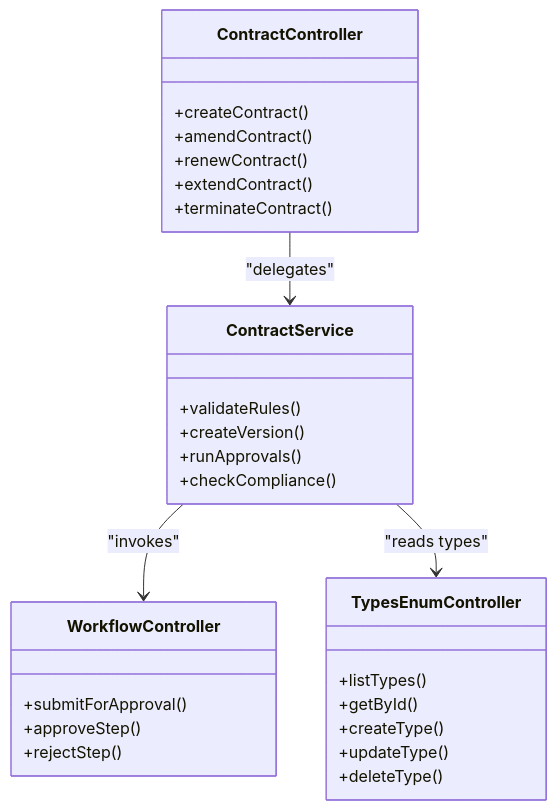
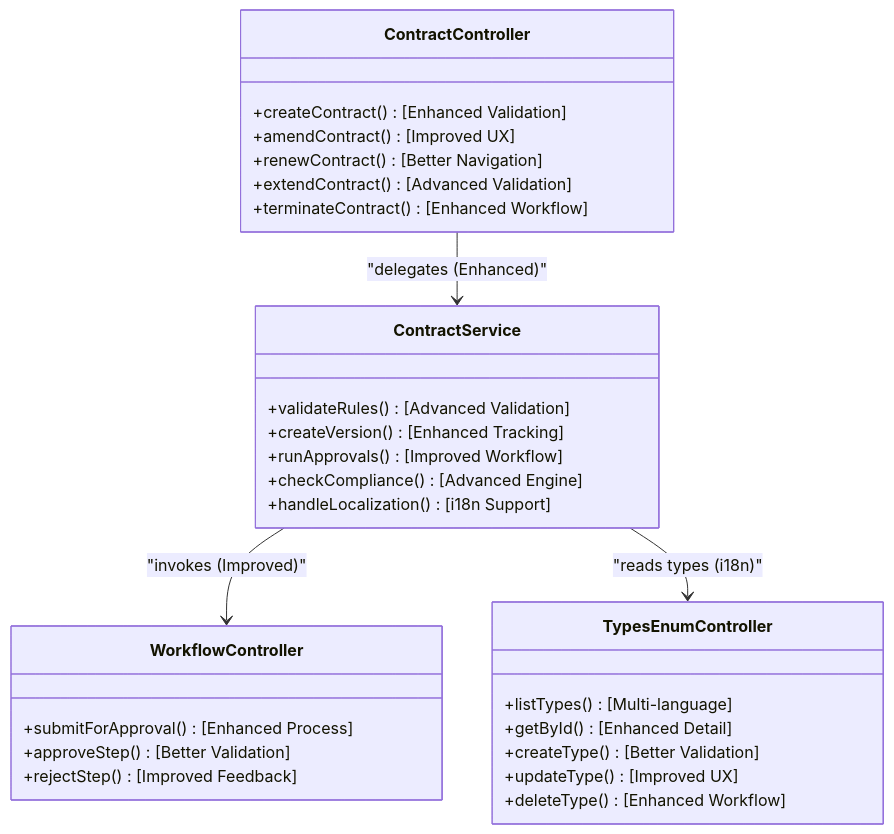
The fourth of 5 diagrams in .qoder/repowiki/en/content/API Reference/Human Resources API/Personnel Administration API/Contract Management API.md (franckylab/eLISAschool), drawn with Mermaid before and after one commit. The commit also changed other lines of this file and 102 other files, not shown here.

````diff
--- a/.qoder/repowiki/en/content/API Reference/Human Resources API/Personnel Administration API/Contract Management API.md
+++ b/.qoder/repowiki/en/content/API Reference/Human Resources API/Personnel Administration API/Contract Management API.md
@@ -426,31 +461,32 @@
 ```mermaid
 classDiagram
 class ContractController {
-+createContract()
-+amendContract()
-+renewContract()
-+extendContract()
-+terminateContract()
++createContract() [Enhanced Validation]
++amendContract() [Improved UX]
++renewContract() [Better Navigation]
++extendContract() [Advanced Validation]
++terminateContract() [Enhanced Workflow]
 }
 class ContractService {
-+validateRules()
-+createVersion()
-+runApprovals()
-+checkCompliance()
++validateRules() [Advanced Validation]
++createVersion() [Enhanced Tracking]
++runApprovals() [Improved Workflow]
++checkCompliance() [Advanced Engine]
++handleLocalization() [i18n Support]
 }
 class WorkflowController {
-+submitForApproval()
-+approveStep()
-+rejectStep()
++submitForApproval() [Enhanced Process]
++approveStep() [Better Validation]
++rejectStep() [Improved Feedback]
 }
 class TypesEnumController {
-+listTypes()
-+getById()
-+createType()
-+updateType()
-+deleteType()
++listTypes() [Multi-language]
++getById() [Enhanced Detail]
++createType() [Better Validation]
++updateType() [Improved UX]
++deleteType() [Enhanced Workflow]
 }
-ContractController --> ContractService : "delegates"
-ContractService --> WorkflowController : "invokes"
-ContractService --> TypesEnumController : "reads types"
+ContractController --> ContractService : "delegates (Enhanced)"
+ContractService --> WorkflowController : "invokes (Improved)"
+ContractService --> TypesEnumController : "reads types (i18n)"
 ```
````
